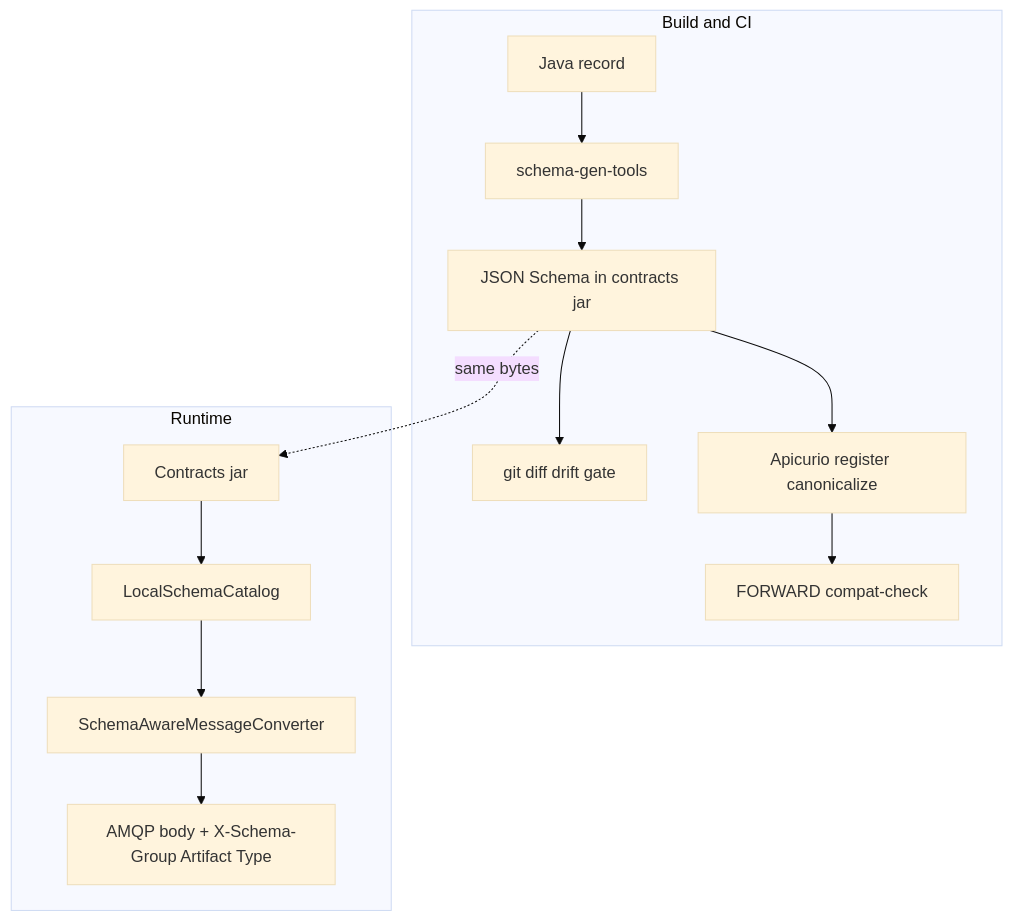
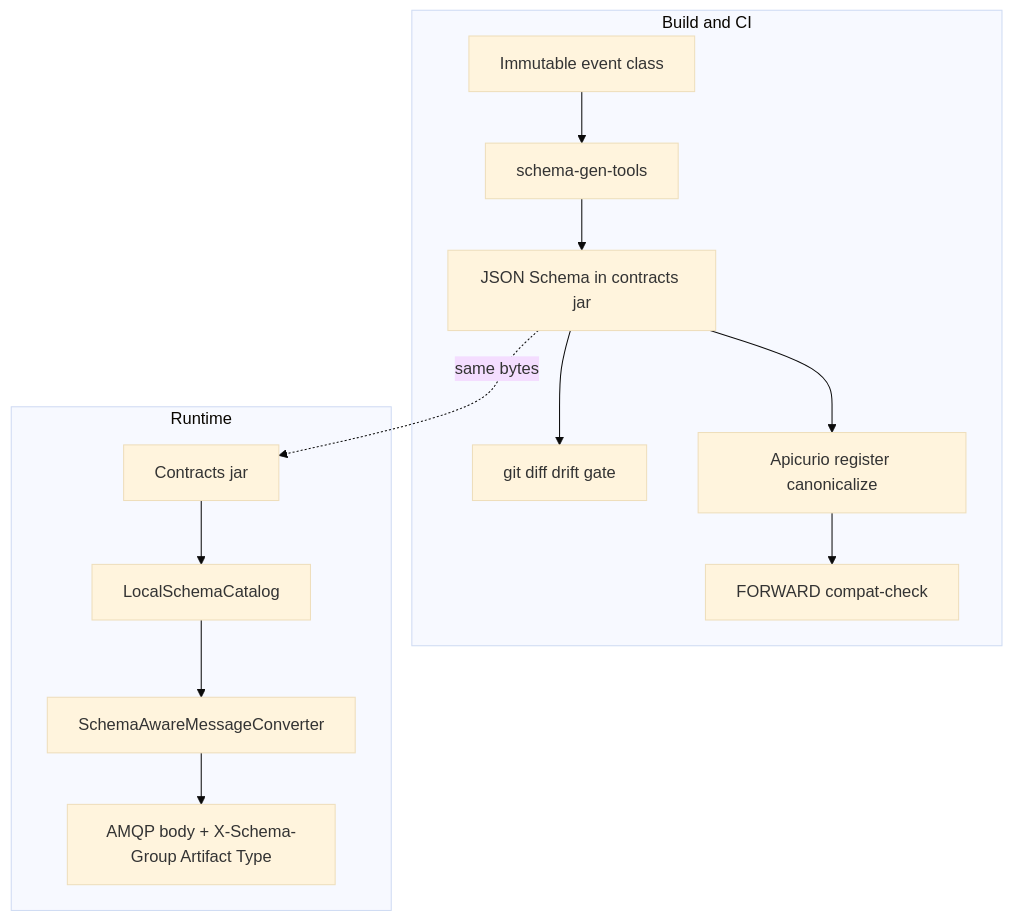
One commit to anarefin/schema-registry-demo changed the diagram in spec/schema-versioning-spec.md. Above: the diagram before and after it, drawn with Mermaid (base theme). The commit also changed other lines of this file and 108 other files, not shown here.

Commit message:
refactor: Transition event contracts from records to immutable classes

````diff
--- a/spec/schema-versioning-spec.md
+++ b/spec/schema-versioning-spec.md
@@ -40,16 +40,16 @@
 ```mermaid
 flowchart TB
   subgraph ci [Build and CI]
-    record[Java record] --> gen[schema-gen-tools]
+    eventClass[Immutable event class] --> gen[schema-gen-tools]
     gen --> schema[JSON Schema in contracts jar]
     schema --> drift[git diff drift gate]
     schema --> reg[Apicurio register canonicalize]
     reg --> fwd[FORWARD compat-check]
   end
   subgraph rt [Runtime]
     jar[Contracts jar] --> catalog[LocalSchemaCatalog]
     catalog --> conv[SchemaAwareMessageConverter]
     conv --> wire["AMQP body + X-Schema-Group Artifact Type"]
   end
   schema -.->|"same bytes"| jar
 ```
````
